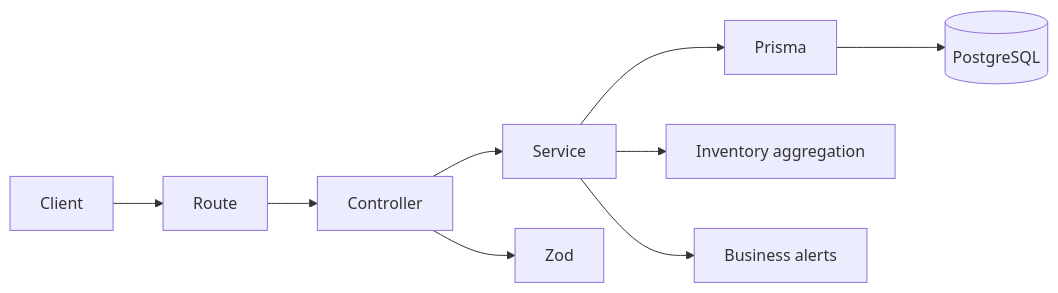
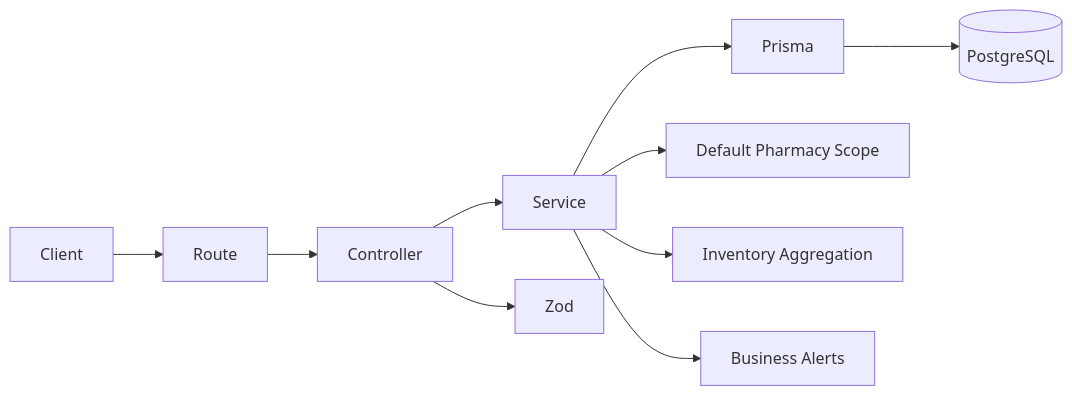
Before and after one commit to zelectrik/Pharma-stock-manager: the diagram in README.md, drawn with Mermaid. The commit also changed other lines of this file and 15 other files, not shown here.

First line of the commit message:
feat(pharmacy): add pharmacy-scoped inventory model (#19)

````diff
--- a/README.md
+++ b/README.md
@@ -326,13 +500,14 @@
 ```mermaid
 flowchart LR
 Client --> Route
 Route --> Controller
 Controller --> Service
 Service --> Prisma
 Prisma --> DB[(PostgreSQL)]
 
 Controller --> Validation[Zod]
 
-Service --> Inventory[Inventory aggregation]
-Service --> Alerts[Business alerts]
+Service --> Pharmacy[Default Pharmacy Scope]
+Service --> Inventory[Inventory Aggregation]
+Service --> Alerts[Business Alerts]
 ```
````
